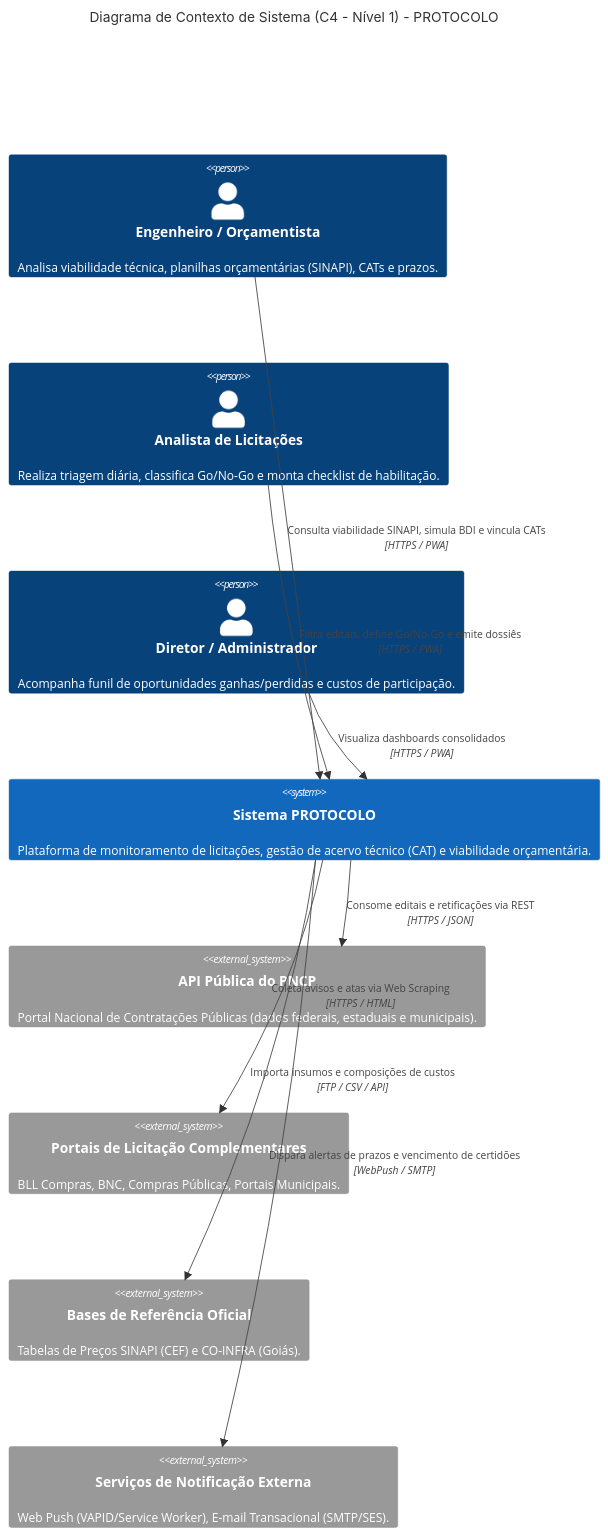
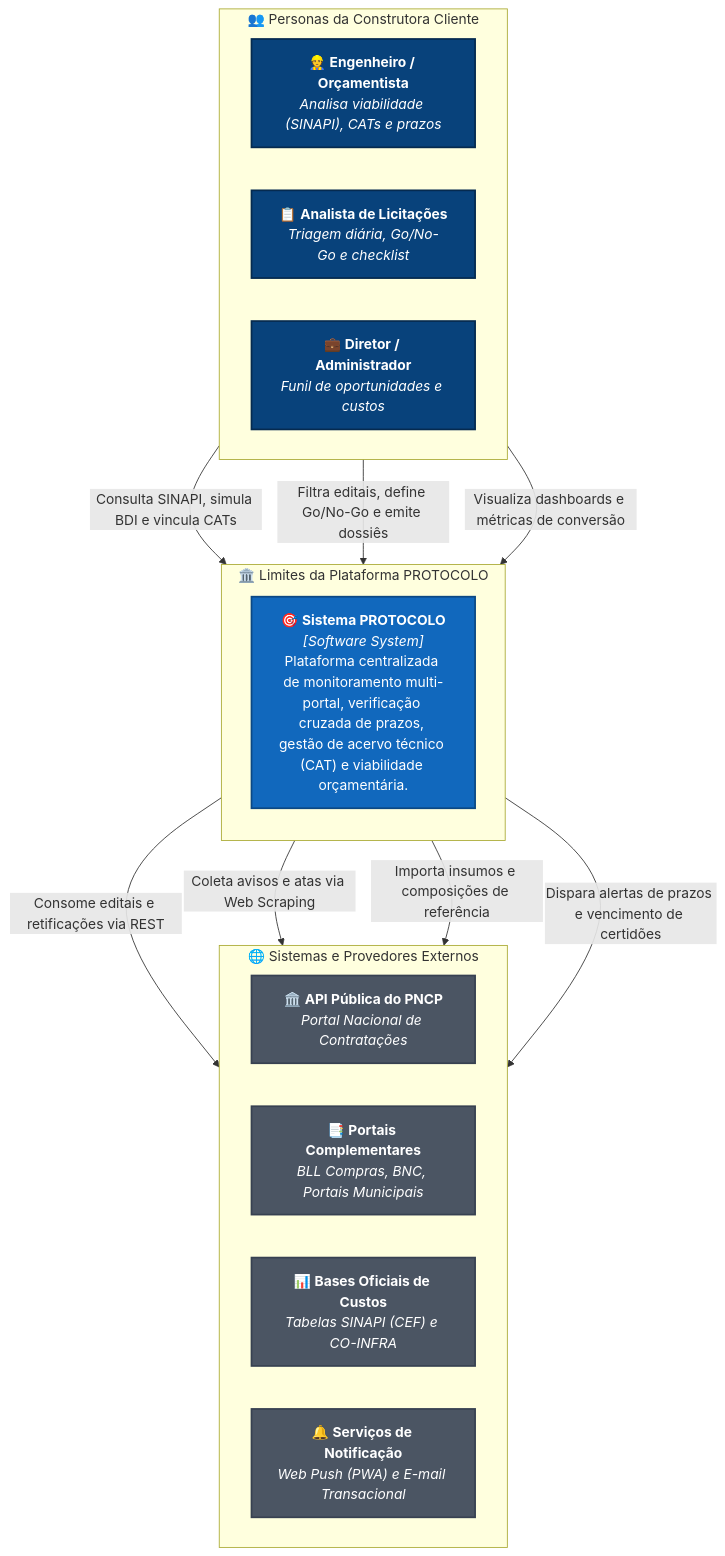
Before and after one commit to pedrocarvalhod3v/PROTOCOLO: the first of 7 diagrams in ARQUITETURA_DE_SOFTWARE_DAS.md, drawn with Mermaid. The commit also changed other lines of this file and 1 other file, not shown here.

Commit message:
docs(das): aprimora diagramas C4 e adiciona animacao spin-slow no prototipo

````diff
--- a/ARQUITETURA_DE_SOFTWARE_DAS.md
+++ b/ARQUITETURA_DE_SOFTWARE_DAS.md
@@ -31,24 +31,39 @@
 ```mermaid
-C4Context
-    title Diagrama de Contexto de Sistema (C4 - Nível 1) - PROTOCOLO
+flowchart TB
+    %% Estilização padrão C4
+    classDef person fill:#08427b,stroke:#052a4f,stroke-width:2px,color:#ffffff;
+    classDef system fill:#1168bd,stroke:#0b4884,stroke-width:2px,color:#ffffff;
+    classDef external fill:#4b5563,stroke:#374151,stroke-width:2px,color:#ffffff;
+    classDef boundary fill:#f8fafc,stroke:#cbd5e1,stroke-width:1.5px,stroke-dasharray: 4 4,color:#1e293b;
 
-    Person(eng, "Engenheiro / Orçamentista", "Analisa viabilidade técnica, planilhas orçamentárias (SINAPI), CATs e prazos.")
-    Person(analista, "Analista de Licitações", "Realiza triagem diária, classifica Go/No-Go e monta checklist de habilitação.")
-    Person(diretor, "Diretor / Administrador", "Acompanha funil de oportunidades ganhas/perdidas e custos de participação.")
+    subgraph USUARIOS [" 👥 Personas da Construtora Cliente "]
+        direction LR
+        eng["👷 <b>Engenheiro / Orçamentista</b><br/><i>Analisa viabilidade (SINAPI), CATs e prazos</i>"]:::person
+        analista["📋 <b>Analista de Licitações</b><br/><i>Triagem diária, Go/No-Go e checklist</i>"]:::person
+        diretor["💼 <b>Diretor / Administrador</b><br/><i>Funil de oportunidades e custos</i>"]:::person
+    end
 
-    System(protocolo, "Sistema PROTOCOLO", "Plataforma de monitoramento de licitações, gestão de acervo técnico (CAT) e viabilidade orçamentária.")
+    subgraph PROTOCOLO_BOUNDARY [" 🏛️ Limites da Plataforma PROTOCOLO "]
+        direction TB
+        protocolo["🎯 <b>Sistema PROTOCOLO</b><br/><i>[Software System]</i><br/>Plataforma centralizada de monitoramento multi-portal, verificação cruzada de prazos, gestão de acervo técnico (CAT) e viabilidade orçamentária."]:::system
+    end
 
-    System_Ext(pncp, "API Pública do PNCP", "Portal Nacional de Contratações Públicas (dados federais, estaduais e municipais).")
-    System_Ext(portais_privados, "Portais de Licitação Complementares", "BLL Compras, BNC, Compras Públicas, Portais Municipais.")
-    System_Ext(sinapi_base, "Bases de Referência Oficial", "Tabelas de Preços SINAPI (CEF) e CO-INFRA (Goiás).")
-    System_Ext(notificacoes, "Serviços de Notificação Externa", "Web Push (VAPID/Service Worker), E-mail Transacional (SMTP/SES).")
+    subgraph EXTERNOS [" 🌐 Sistemas e Provedores Externos "]
+        direction LR
+        pncp["🏛️ <b>API Pública do PNCP</b><br/><i>Portal Nacional de Contratações</i>"]:::external
+        portais["📑 <b>Portais Complementares</b><br/><i>BLL Compras, BNC, Portais Municipais</i>"]:::external
+        sinapi["📊 <b>Bases Oficiais de Custos</b><br/><i>Tabelas SINAPI (CEF) e CO-INFRA</i>"]:::external
+        notif["🔔 <b>Serviços de Notificação</b><br/><i>Web Push (PWA) e E-mail Transacional</i>"]:::external
+    end
 
-    Rel(eng, protocolo, "Consulta viabilidade SINAPI, simula BDI e vincula CATs", "HTTPS / PWA")
-    Rel(analista, protocolo, "Filtra editais, define Go/No-Go e emite dossiês", "HTTPS / PWA")
-    Rel(diretor, protocolo, "Visualiza dashboards consolidados", "HTTPS / PWA")
+    %% Conexões de Usuários para o Sistema
+    eng -->|Consulta SINAPI, simula BDI e vincula CATs| protocolo
+    analista -->|Filtra editais, define Go/No-Go e emite dossiês| protocolo
+    diretor -->|Visualiza dashboards e métricas de conversão| protocolo
 
-    Rel(protocolo, pncp, "Consome editais e retificações via REST", "HTTPS / JSON")
-    Rel(protocolo, portais_privados, "Coleta avisos e atas via Web Scraping", "HTTPS / HTML")
-    Rel(protocolo, sinapi_base, "Importa insumos e composições de custos", "FTP / CSV / API")
-    Rel(protocolo, notificacoes, "Dispara alertas de prazos e vencimento de certidões", "WebPush / SMTP")
+    %% Conexões do Sistema para Sistemas Externos
+    protocolo -->|Consome editais e retificações via REST| pncp
+    protocolo -->|Coleta avisos e atas via Web Scraping| portais
+    protocolo -->|Importa insumos e composições de referência| sinapi
+    protocolo -->|Dispara alertas de prazos e vencimento de certidões| notif
 ```
````
